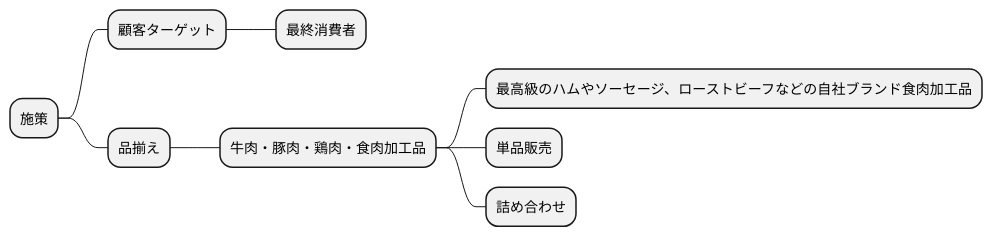
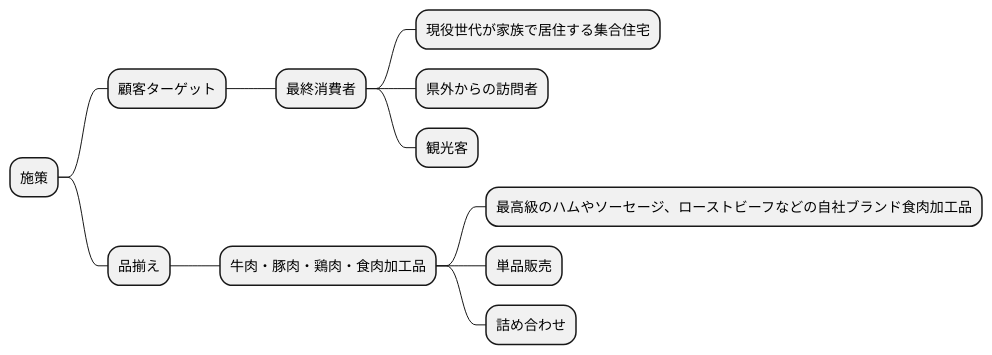
One commit to k2works/requirements_definition_excercise changed the third of 7 diagrams in docs/R04/study/study_2_take01.md. Above: the diagram before and after it, drawn with PlantUML. The commit also changed other lines of this file, not shown here.

````diff
--- a/docs/R04/study/study_2_take01.md
+++ b/docs/R04/study/study_2_take01.md
@@ -107,14 +113,17 @@
 ```plantuml
 @startmindmap
 
 * 施策
 ** 顧客ターゲット
 *** 最終消費者
+**** 現役世代が家族で居住する集合住宅
+**** 県外からの訪問者
+**** 観光客
 ** 品揃え
 *** 牛肉・豚肉・鶏肉・食肉加工品
 **** 最高級のハムやソーセージ、ローストビーフなどの自社ブランド食肉加工品
 **** 単品販売
 **** 詰め合わせ
 
 @endmindmap
 ```
````
